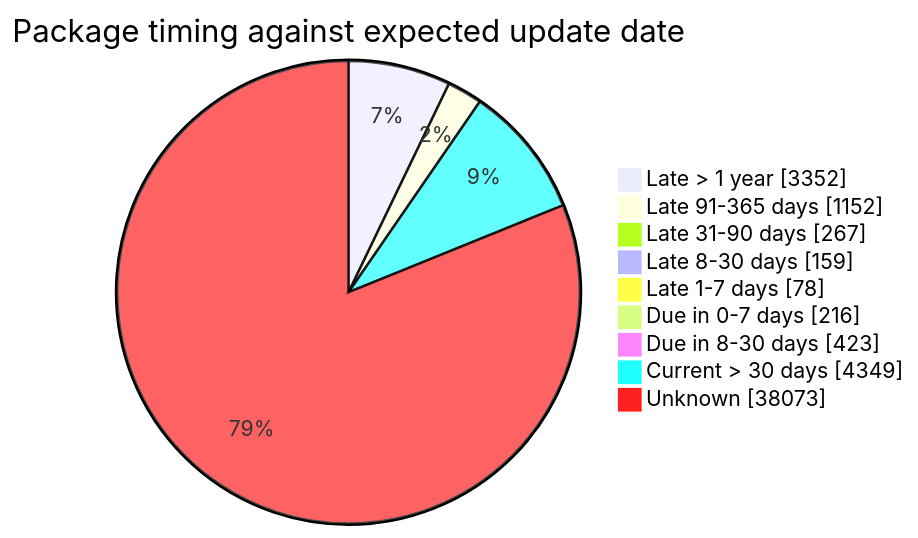
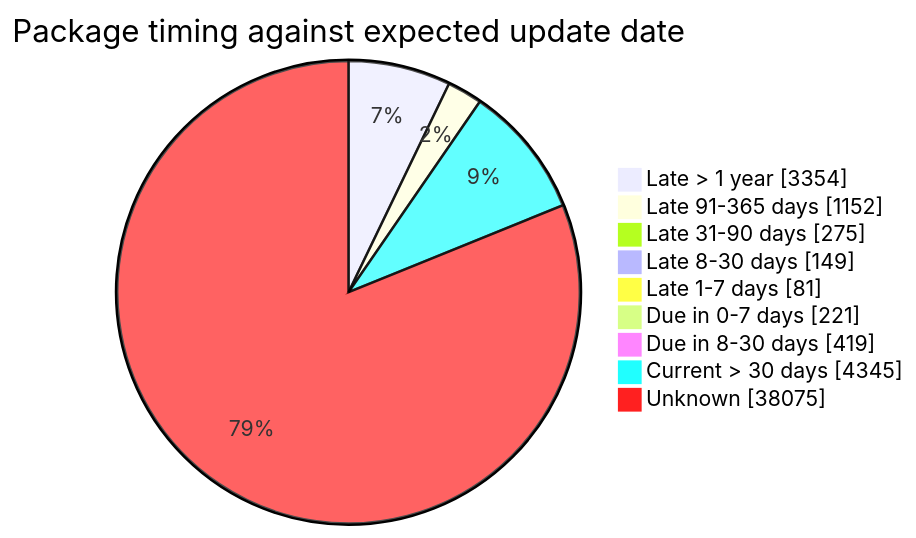
One commit to open-data/analytics-corporate-reporting changed the fourth of 5 diagrams in FreshCheck/README.md. Above: the diagram before and after it, drawn with Mermaid. The commit also changed other lines of this file and 3 other files, not shown here.

````diff
--- a/FreshCheck/README.md
+++ b/FreshCheck/README.md
@@ -86,12 +86,12 @@
 ```mermaid
 pie showData title Package timing against expected update date
-    "Late > 1 year": 3352
+    "Late > 1 year": 3354
     "Late 91-365 days": 1152
-    "Late 31-90 days": 267
-    "Late 8-30 days": 159
-    "Late 1-7 days": 78
-    "Due in 0-7 days": 216
-    "Due in 8-30 days": 423
-    "Current > 30 days": 4349
-    "Unknown": 38073
+    "Late 31-90 days": 275
+    "Late 8-30 days": 149
+    "Late 1-7 days": 81
+    "Due in 0-7 days": 221
+    "Due in 8-30 days": 419
+    "Current > 30 days": 4345
+    "Unknown": 38075
 ```
````
